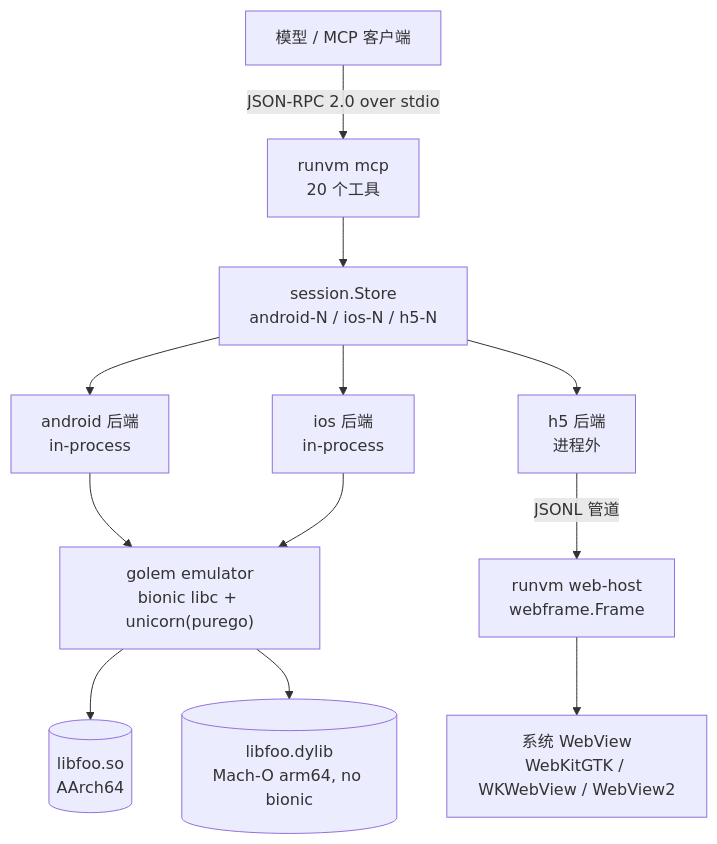
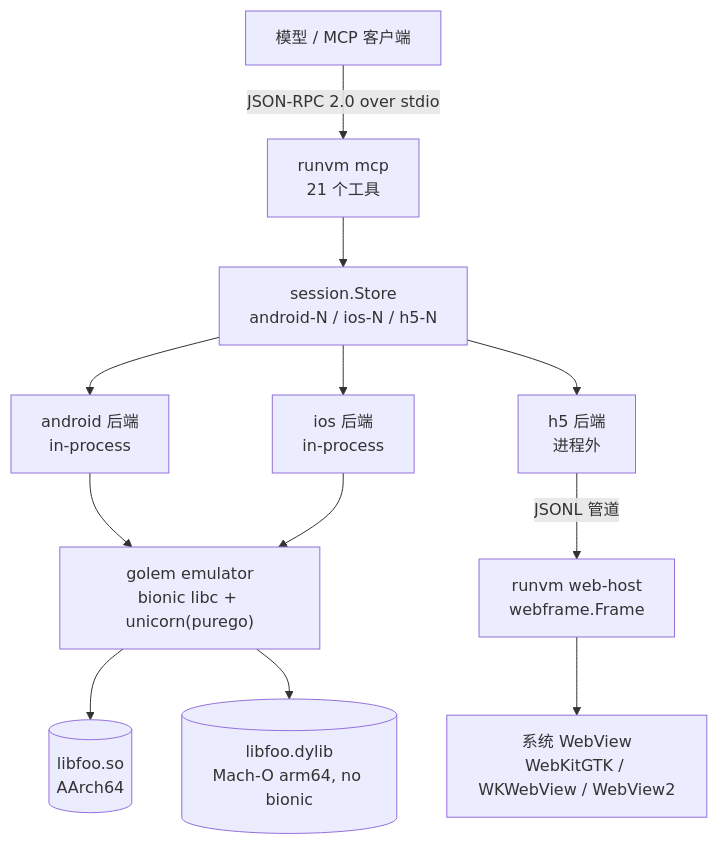
Before and after one commit to dolfly/runvm: the diagram in README.md, drawn with Mermaid. The commit also changed other lines of this file and 12 other files, not shown here.

````diff
--- a/README.md
+++ b/README.md
@@ -20,14 +20,14 @@
 ```mermaid
 flowchart TB
-  M["模型 / MCP 客户端"] -->|"JSON-RPC 2.0 over stdio"| S["runvm mcp<br/>20 个工具"]
+  M["模型 / MCP 客户端"] -->|"JSON-RPC 2.0 over stdio"| S["runvm mcp<br/>21 个工具"]
   S --> REG["session.Store<br/>android-N / ios-N / h5-N"]
   REG --> A["android 后端<br/>in-process"]
   REG --> I["ios 后端<br/>in-process"]
   REG --> H["h5 后端<br/>进程外"]
   A --> G["golem emulator<br/>bionic libc + unicorn(purego)"]
   G --> SO[("libfoo.so<br/>AArch64")]
   I --> G
   G --> DY[("libfoo.dylib<br/>Mach-O arm64, no bionic")]
   H -->|"JSONL 管道"| W["runvm web-host<br/>webframe.Frame"]
   W --> K["系统 WebView<br/>WebKitGTK / WKWebView / WebView2"]
 ```
````
